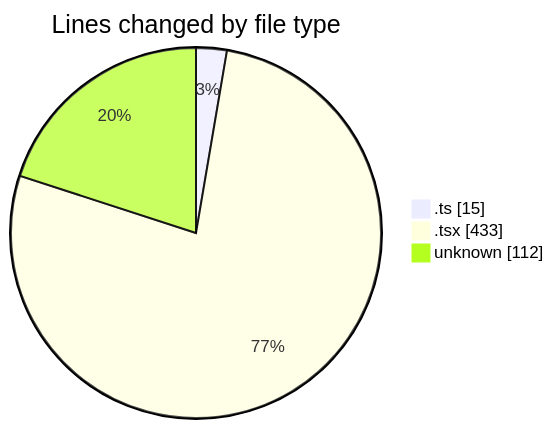
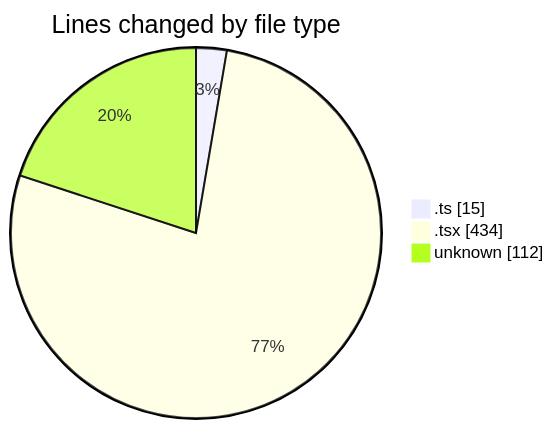
The first of 2 diagrams in 2026-04-29/cda/README.md (momahboobian/code-tracking), drawn with Mermaid before and after one commit. The commit also changed other lines of this file and 1 other file, not shown here.

````diff
--- a/2026-04-29/cda/README.md
+++ b/2026-04-29/cda/README.md
@@ -27,7 +27,7 @@
 ```mermaid
 pie showData
 title Lines changed by file type
 ".ts" : 15
-".tsx" : 433
+".tsx" : 434
 "unknown" : 112
 ```
````
